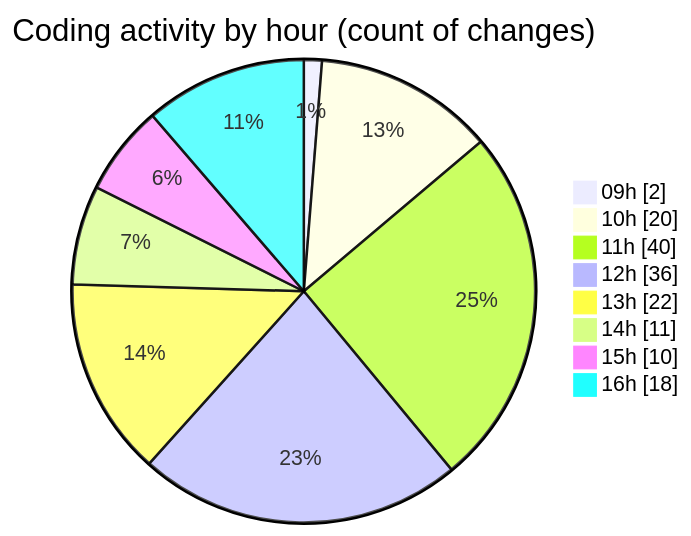
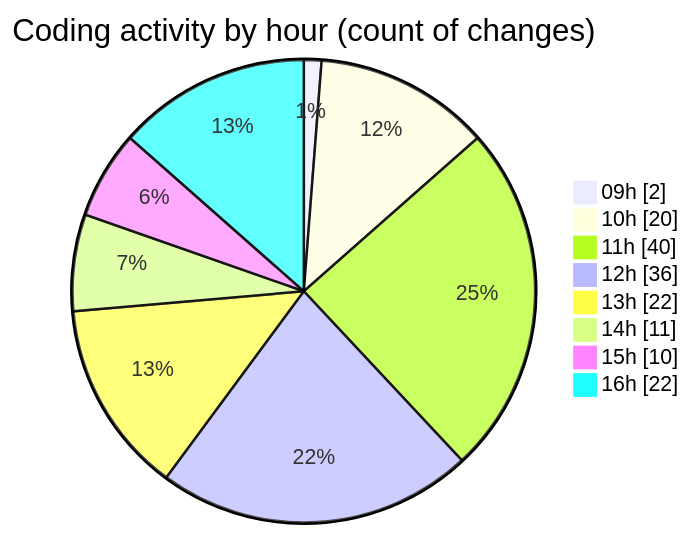
The second of 2 diagrams in 2025-06-13/cda/README.md (momahboobian/code-tracking), drawn with Mermaid before and after one commit. The commit also changed other lines of this file and 1 other file, not shown here.

````diff
--- a/2025-06-13/cda/README.md
+++ b/2025-06-13/cda/README.md
@@ -44,12 +44,12 @@
 ```mermaid
 pie showData
 title Coding activity by hour (count of changes)
 "09h" : 2
 "10h" : 20
 "11h" : 40
 "12h" : 36
 "13h" : 22
 "14h" : 11
 "15h" : 10
-"16h" : 18
+"16h" : 22
 ```
````
